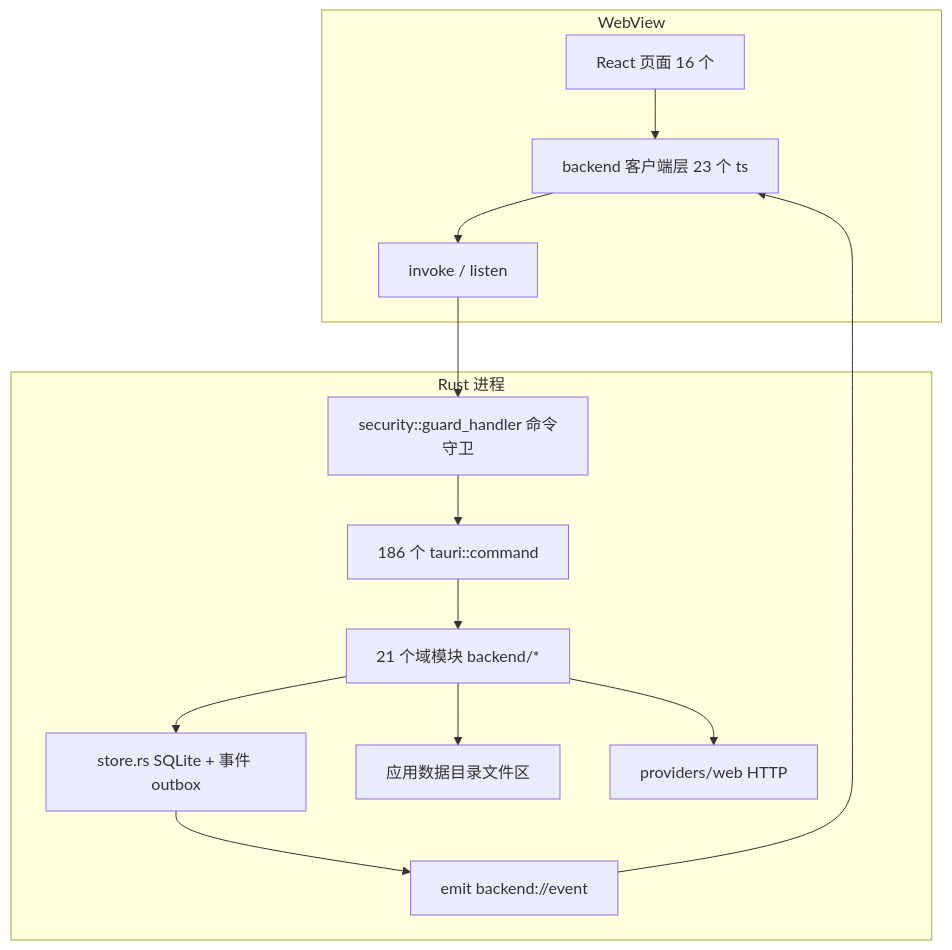
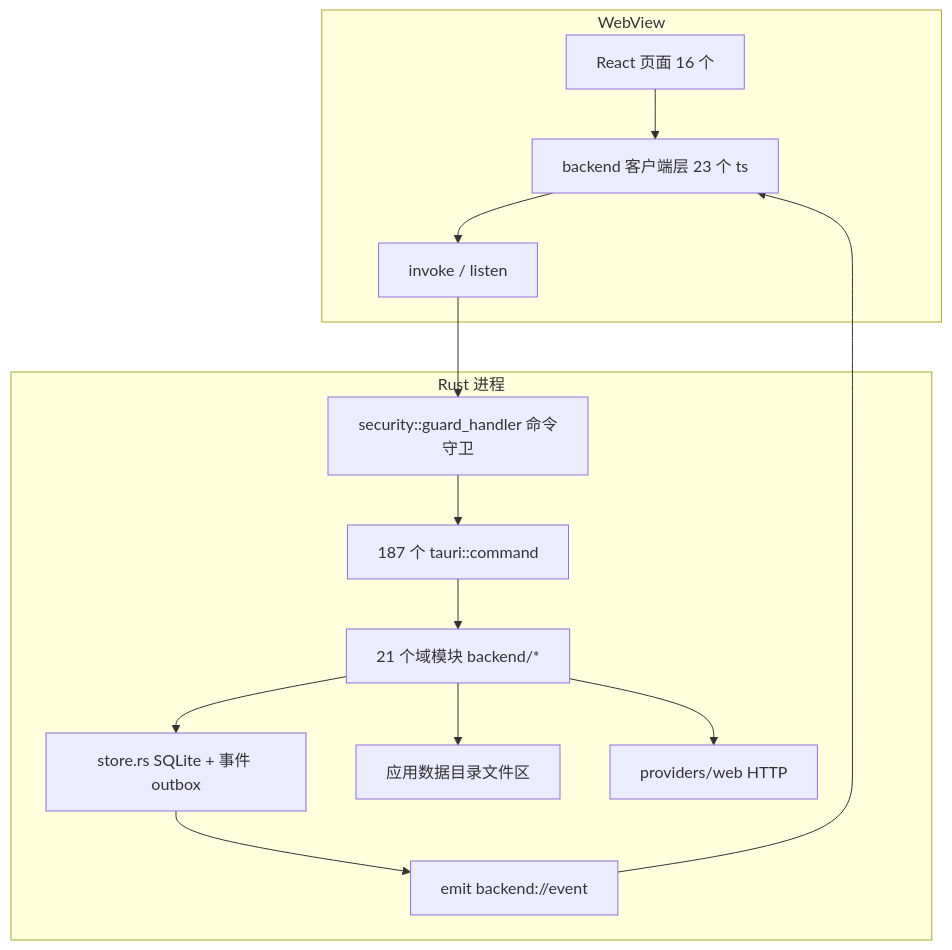
The first of 5 diagrams in docs/architecture/01-architecture.md (hershate/Deep-tutor), drawn with Mermaid before and after one commit. The commit also changed other lines of this file and 7 other files, not shown here.

````diff
--- a/docs/architecture/01-architecture.md
+++ b/docs/architecture/01-architecture.md
@@ -9,17 +9,17 @@
 ```mermaid
 graph TD
     subgraph WebView
         P[React 页面 16 个] --> CL[backend 客户端层 23 个 ts]
         CL --> IP[invoke / listen]
     end
     subgraph Rust 进程
         IP --> GH[security::guard_handler 命令守卫]
-        GH --> CMD[186 个 tauri::command]
+        GH --> CMD[187 个 tauri::command]
         CMD --> DOM[21 个域模块 backend/*]
         DOM --> ST[store.rs SQLite + 事件 outbox]
         DOM --> FS[应用数据目录文件区]
         DOM --> NET[providers/web HTTP]
         ST --> EMIT[emit backend://event]
     end
     EMIT --> CL
 ```
````
